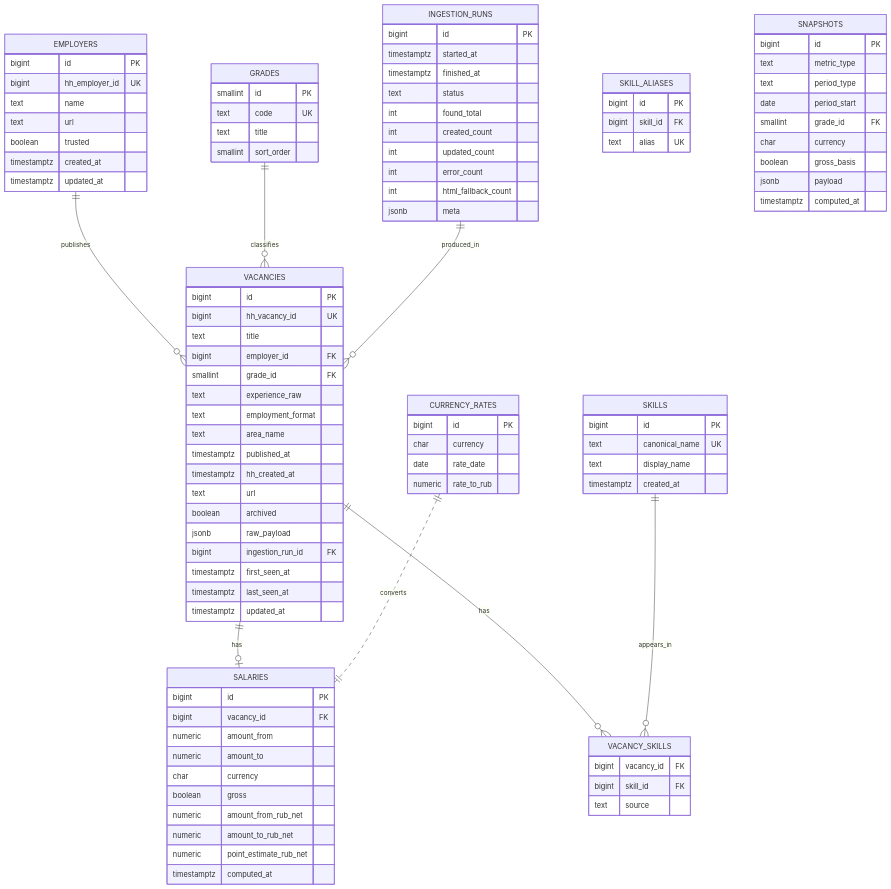
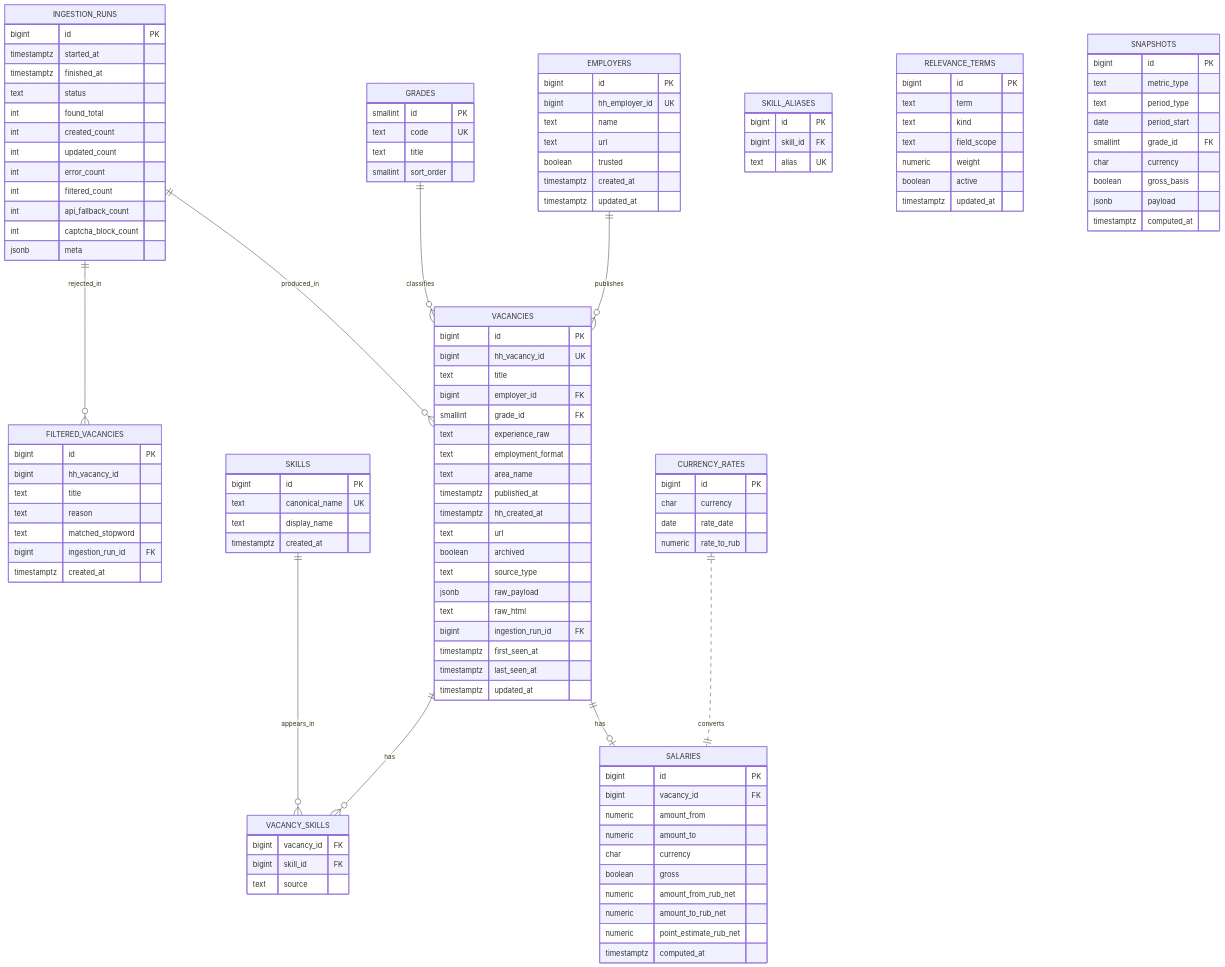
One commit to kemberl1/hh_analyser changed the first of 2 diagrams in docs/03-data-model.md. Above: the diagram before and after it, drawn with Mermaid. The commit also changed other lines of this file and 7 other files, not shown here.

```diff
--- a/docs/03-data-model.md
+++ b/docs/03-data-model.md
@@ -15,6 +15,7 @@
     SKILLS ||--o{ VACANCY_SKILLS : appears_in
     GRADES ||--o{ VACANCIES : classifies
     INGESTION_RUNS ||--o{ VACANCIES : produced_in
+    INGESTION_RUNS ||--o{ FILTERED_VACANCIES : rejected_in
     CURRENCY_RATES ||..|| SALARIES : converts
 
     EMPLOYERS {
@@ -40,7 +41,9 @@
         timestamptz hh_created_at
         text url
         boolean archived
+        text source_type
         jsonb raw_payload
+        text raw_html
         bigint ingestion_run_id FK
         timestamptz first_seen_at
         timestamptz last_seen_at
@@ -102,8 +105,30 @@
         int created_count
         int updated_count
         int error_count
-        int html_fallback_count
+        int filtered_count
+        int api_fallback_count
+        int captcha_block_count
         jsonb meta
+    }
+
+    FILTERED_VACANCIES {
+        bigint id PK
+        bigint hh_vacancy_id
+        text title
+        text reason
+        text matched_stopword
+        bigint ingestion_run_id FK
+        timestamptz created_at
+    }
+
+    RELEVANCE_TERMS {
+        bigint id PK
+        text term
+        text kind
+        text field_scope
+        numeric weight
+        boolean active
+        timestamptz updated_at
     }
 
     SNAPSHOTS {
```
